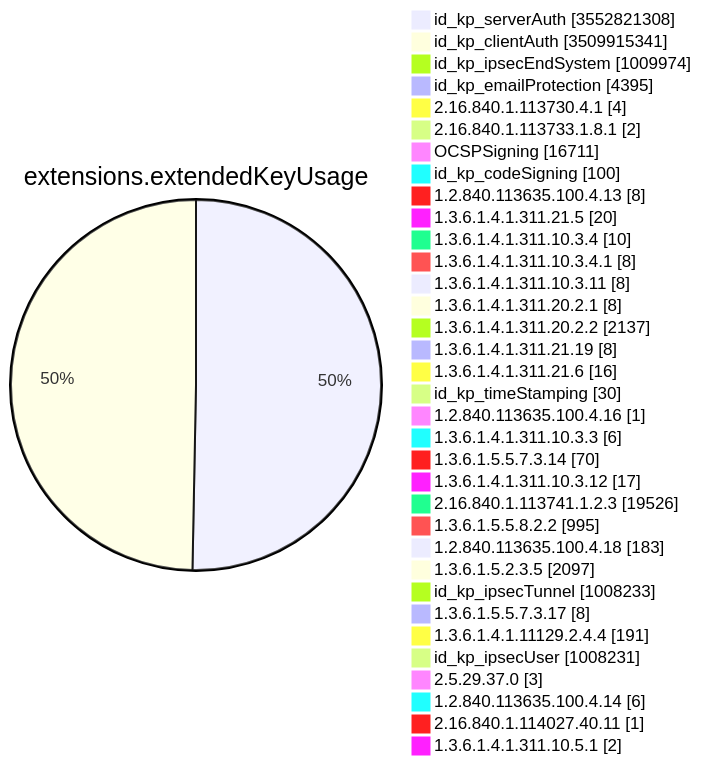
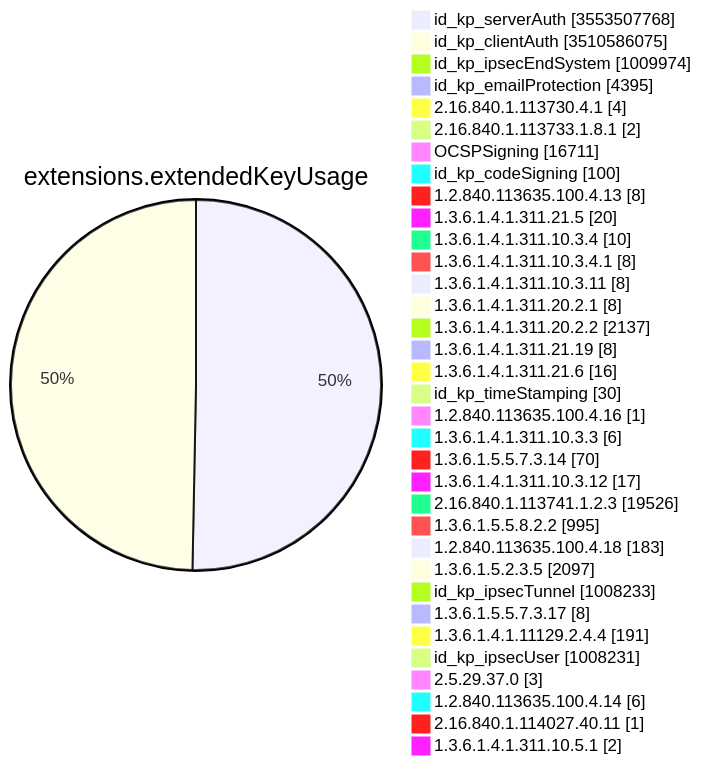
Diagram 11 of 15 in TOTAL/README.md (christiankrug/ctmonitor_visualization), drawn with Mermaid before and after one commit. The commit also changed other lines of this file, not shown here.

````diff
--- a/TOTAL/README.md
+++ b/TOTAL/README.md
@@ -4127,38 +4127,38 @@
 ```mermaid
 pie showData
 title extensions.extendedKeyUsage
-"id_kp_serverAuth" :3552821308
-"id_kp_clientAuth" :3509915341
+"id_kp_serverAuth" :3553507768
+"id_kp_clientAuth" :3510586075
 "id_kp_ipsecEndSystem" :1009974
 "id_kp_emailProtection" :4395
 "2.16.840.1.113730.4.1" :4
 "2.16.840.1.113733.1.8.1" :2
 "OCSPSigning" :16711
 "id_kp_codeSigning" :100
 "1.2.840.113635.100.4.13" :8
 "1.3.6.1.4.1.311.21.5" :20
 "1.3.6.1.4.1.311.10.3.4" :10
 "1.3.6.1.4.1.311.10.3.4.1" :8
 "1.3.6.1.4.1.311.10.3.11" :8
 "1.3.6.1.4.1.311.20.2.1" :8
 "1.3.6.1.4.1.311.20.2.2" :2137
 "1.3.6.1.4.1.311.21.19" :8
 "1.3.6.1.4.1.311.21.6" :16
 "id_kp_timeStamping" :30
 "1.2.840.113635.100.4.16" :1
 "1.3.6.1.4.1.311.10.3.3" :6
 "1.3.6.1.5.5.7.3.14" :70
 "1.3.6.1.4.1.311.10.3.12" :17
 "2.16.840.1.113741.1.2.3" :19526
 "1.3.6.1.5.5.8.2.2" :995
 "1.2.840.113635.100.4.18" :183
 "1.3.6.1.5.2.3.5" :2097
 "id_kp_ipsecTunnel" :1008233
 "1.3.6.1.5.5.7.3.17" :8
 "1.3.6.1.4.1.11129.2.4.4" :191
 "id_kp_ipsecUser" :1008231
 "2.5.29.37.0" :3
 "1.2.840.113635.100.4.14" :6
 "2.16.840.1.114027.40.11" :1
 "1.3.6.1.4.1.311.10.5.1" :2
 ```
````
